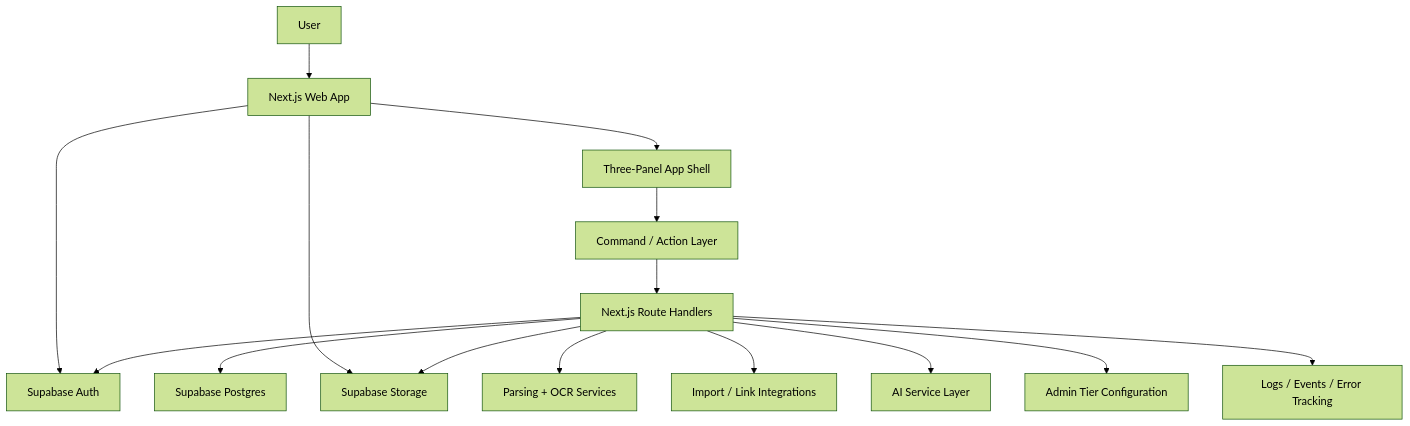
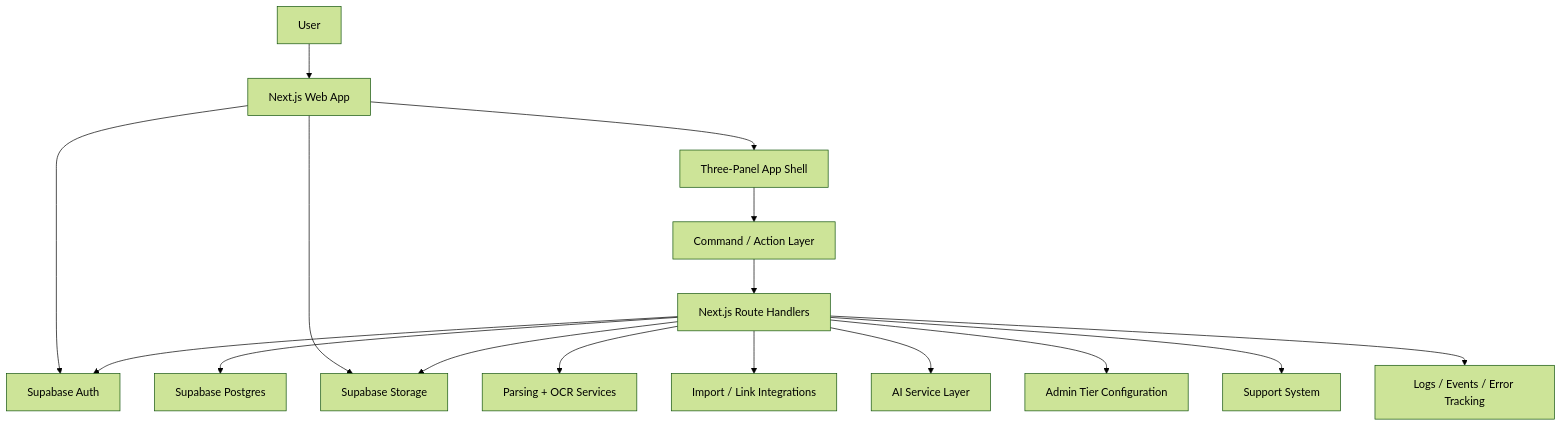
Before and after one commit to ninemush/ResumAI: the diagram in ARCHITECTURE.md, drawn with Mermaid (forest theme). The commit also changed other lines of this file and 13 other files, not shown here.

````diff
--- a/ARCHITECTURE.md
+++ b/ARCHITECTURE.md
@@ -49,31 +49,33 @@
 ```mermaid
 flowchart TD
   User["User"]
   Web["Next.js Web App"]
   Shell["Three-Panel App Shell"]
   Commands["Command / Action Layer"]
   API["Next.js Route Handlers"]
   Auth["Supabase Auth"]
   DB["Supabase Postgres"]
   Storage["Supabase Storage"]
   Parser["Parsing + OCR Services"]
   Integrations["Import / Link Integrations"]
   AI["AI Service Layer"]
   Admin["Admin Tier Configuration"]
+  Support["Support System"]
   Observability["Logs / Events / Error Tracking"]
 
   User --> Web
   Web --> Shell
   Web --> Auth
   Web --> Storage
   Shell --> Commands
   Commands --> API
   API --> Auth
   API --> DB
   API --> Storage
   API --> Parser
   API --> Integrations
   API --> AI
   API --> Admin
+  API --> Support
   API --> Observability
 ```
````
